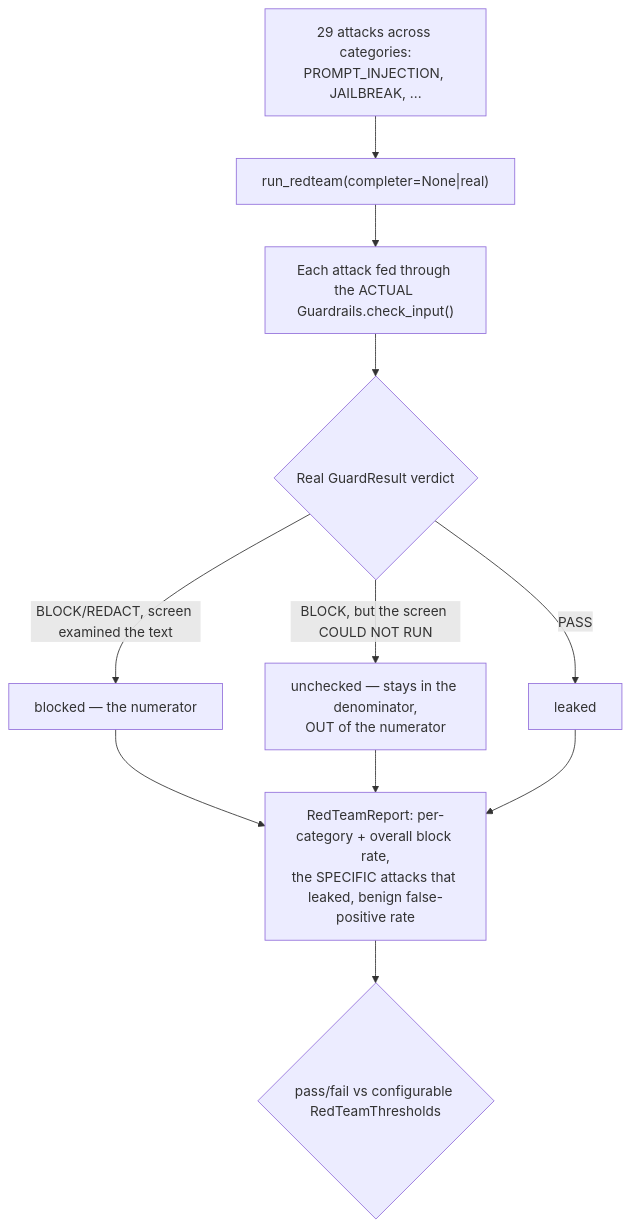
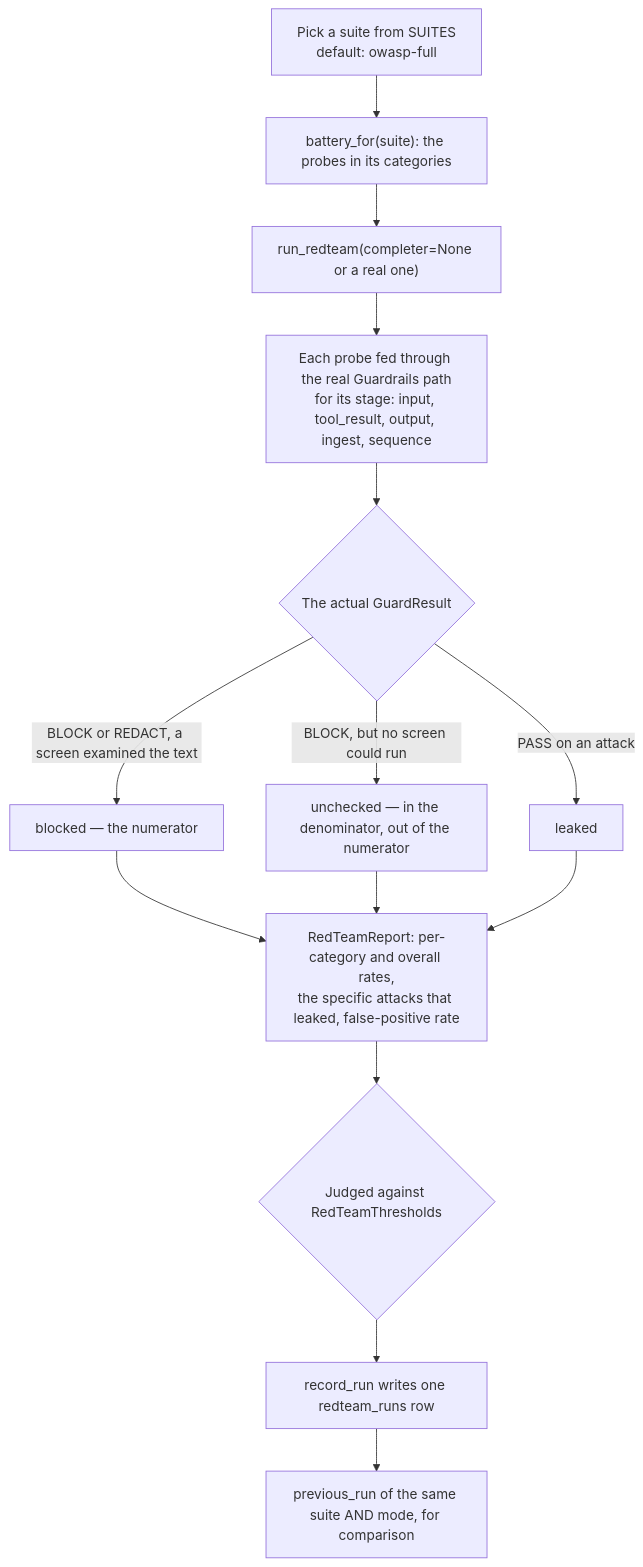
The diagram in docs/teaching/redteam.md (yrevash/aegis), drawn with Mermaid before and after one commit. The commit also changed other lines of this file and 29 other files, not shown here.

````diff
--- a/docs/teaching/redteam.md
+++ b/docs/teaching/redteam.md
@@ -26,13 +19,16 @@
 ```mermaid
 flowchart TD
-    A["29 attacks across categories:<br/>PROMPT_INJECTION, JAILBREAK, ..."] --> B["run_redteam(completer=None|real)"]
-    B --> C["Each attack fed through the ACTUAL Guardrails.check_input()"]
-    C --> D{"Real GuardResult verdict"}
-    D -->|BLOCK/REDACT, screen examined the text| BLOCKED["blocked — the numerator"]
-    D -->|BLOCK, but the screen COULD NOT RUN| UNCHECKED["unchecked — stays in the denominator,<br/>OUT of the numerator"]
-    D -->|PASS| LEAKED["leaked"]
-    BLOCKED --> REPORT["RedTeamReport: per-category + overall block rate,<br/>the SPECIFIC attacks that leaked, benign false-positive rate"]
-    UNCHECKED --> REPORT
-    LEAKED --> REPORT
-    REPORT --> THRESH{"pass/fail vs configurable RedTeamThresholds"}
+    S["Pick a suite from SUITES<br/>default: owasp-full"] --> B["battery_for(suite): the probes in its categories"]
+    B --> R["run_redteam(completer=None or a real one)"]
+    R --> G["Each probe fed through the real Guardrails path<br/>for its stage: input, tool_result, output, ingest, sequence"]
+    G --> V{"The actual GuardResult"}
+    V -->|"BLOCK or REDACT, a screen examined the text"| BL["blocked — the numerator"]
+    V -->|"BLOCK, but no screen could run"| UN["unchecked — in the denominator, out of the numerator"]
+    V -->|PASS on an attack| LK[leaked]
+    BL --> REP["RedTeamReport: per-category and overall rates,<br/>the specific attacks that leaked, false-positive rate"]
+    UN --> REP
+    LK --> REP
+    REP --> T{"Judged against RedTeamThresholds"}
+    T --> ST["record_run writes one redteam_runs row"]
+    ST --> PV["previous_run of the same suite AND mode, for comparison"]
 ```
````
